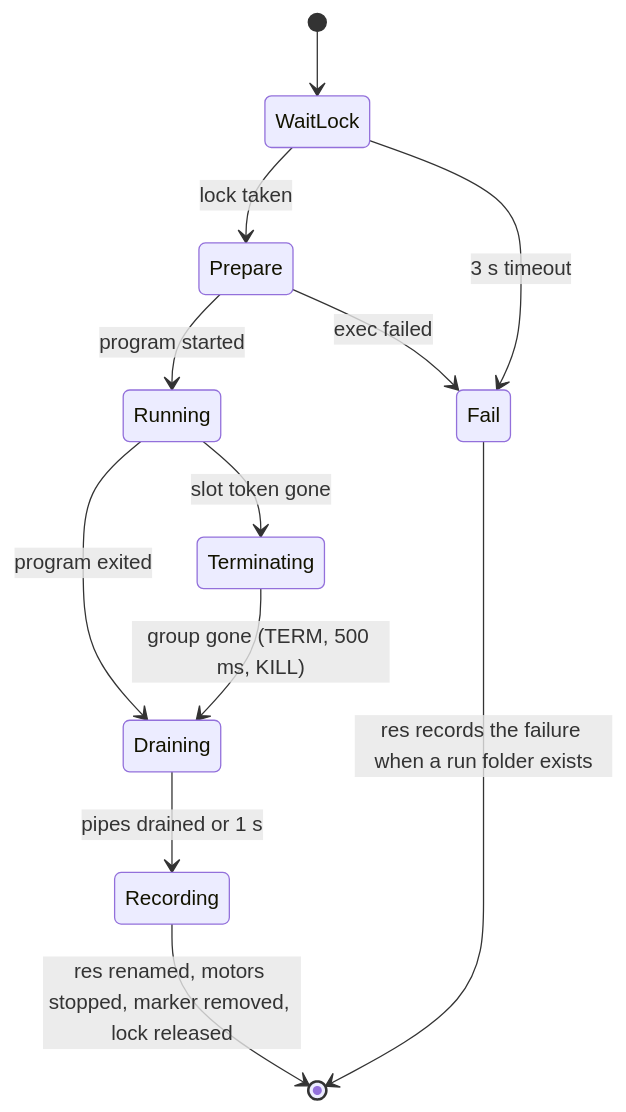
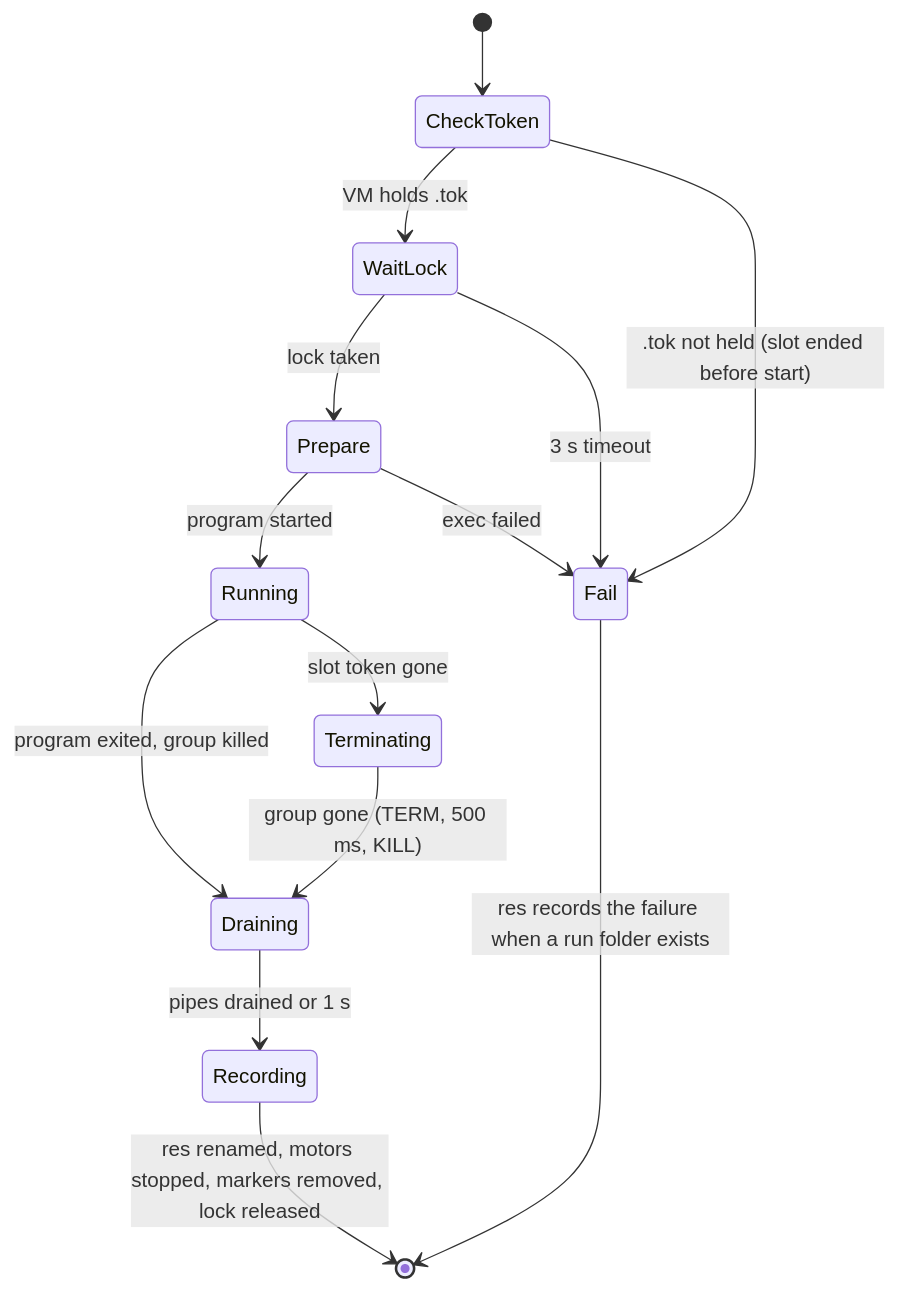
The fourth of 5 diagrams in docs/plans/2026-11-18-1038-feat-program-run-contract-plan.md (99LevelsUp/ev3-c), drawn with Mermaid before and after one commit. The commit also changed other lines of this file, not shown here.

First line of the commit message:
Fix supervisor process groups, slot-token races and result matching in run plan

````diff
--- a/docs/plans/2026-11-18-1038-feat-program-run-contract-plan.md
+++ b/docs/plans/2026-11-18-1038-feat-program-run-contract-plan.md
@@ -329,14 +331,16 @@
 ```mermaid
 stateDiagram-v2
-  [*] --> WaitLock
+  [*] --> CheckToken
+  CheckToken --> WaitLock: VM holds .tok
+  CheckToken --> Fail: .tok not held (slot ended before start)
   WaitLock --> Prepare: lock taken
   WaitLock --> Fail: 3 s timeout
   Prepare --> Running: program started
   Prepare --> Fail: exec failed
-  Running --> Draining: program exited
+  Running --> Draining: program exited, group killed
   Running --> Terminating: slot token gone
   Terminating --> Draining: group gone (TERM, 500 ms, KILL)
   Draining --> Recording: pipes drained or 1 s
-  Recording --> [*]: res renamed, motors stopped, marker removed, lock released
+  Recording --> [*]: res renamed, motors stopped, markers removed, lock released
   Fail --> [*]: res records the failure when a run folder exists
 ```
````
